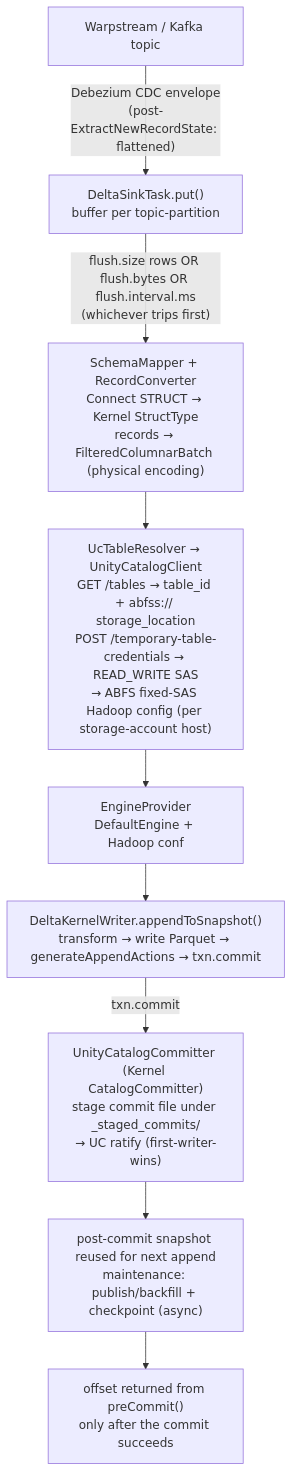
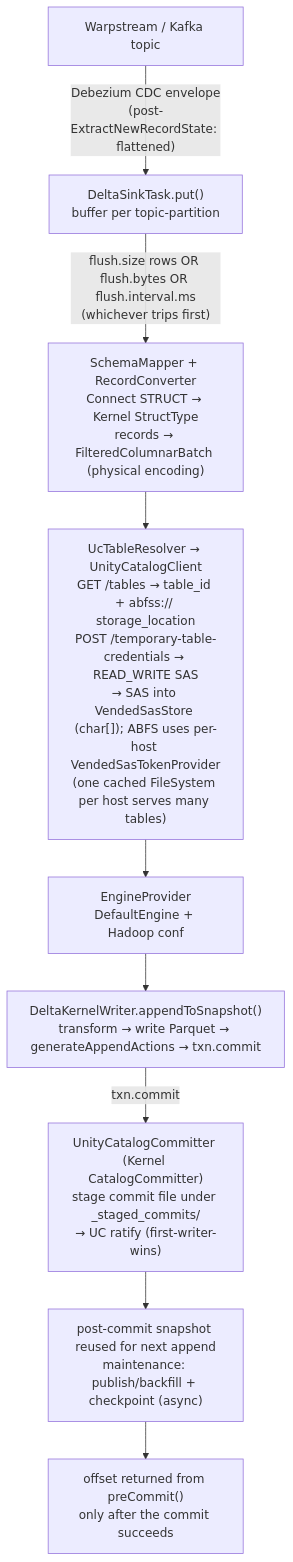
Before and after one commit to DakotaOSS/kafka-connect-delta-uc: the diagram in docs/SPEC.md, drawn with Mermaid. The commit also changed other lines of this file and 9 other files, not shown here.

````diff
--- a/docs/SPEC.md
+++ b/docs/SPEC.md
@@ -45,21 +98,21 @@
 ```mermaid
 graph TD
     K["Warpstream / Kafka topic"]
     P["DeltaSinkTask.put()<br/>buffer per topic-partition"]
     S["SchemaMapper + RecordConverter<br/>Connect STRUCT → Kernel StructType<br/>records → FilteredColumnarBatch (physical encoding)"]
-    R["UcTableResolver → UnityCatalogClient<br/>GET /tables → table_id + abfss:// storage_location<br/>POST /temporary-table-credentials → READ_WRITE SAS<br/>→ ABFS fixed-SAS Hadoop config (per storage-account host)"]
+    R["UcTableResolver → UnityCatalogClient<br/>GET /tables → table_id + abfss:// storage_location<br/>POST /temporary-table-credentials → READ_WRITE SAS<br/>→ SAS into VendedSasStore (char[]); ABFS uses per-host VendedSasTokenProvider<br/>(one cached FileSystem per host serves many tables)"]
     E["EngineProvider<br/>DefaultEngine + Hadoop conf"]
     W["DeltaKernelWriter.appendToSnapshot()<br/>transform → write Parquet → generateAppendActions → txn.commit"]
     C["UnityCatalogCommitter (Kernel CatalogCommitter)<br/>stage commit file under _staged_commits/<br/>→ UC ratify (first-writer-wins)"]
     M["post-commit snapshot reused for next append<br/>maintenance: publish/backfill + checkpoint (async)"]
     O["offset returned from preCommit()<br/>only after the commit succeeds"]
 
     K -->|"Debezium CDC envelope<br/>(post-ExtractNewRecordState: flattened)"| P
     P -->|"flush.size rows OR flush.bytes OR flush.interval.ms<br/>(whichever trips first)"| S
     S --> R
     R --> E
     E --> W
     W -->|"txn.commit"| C
     C --> M
     M --> O
 ```
````
